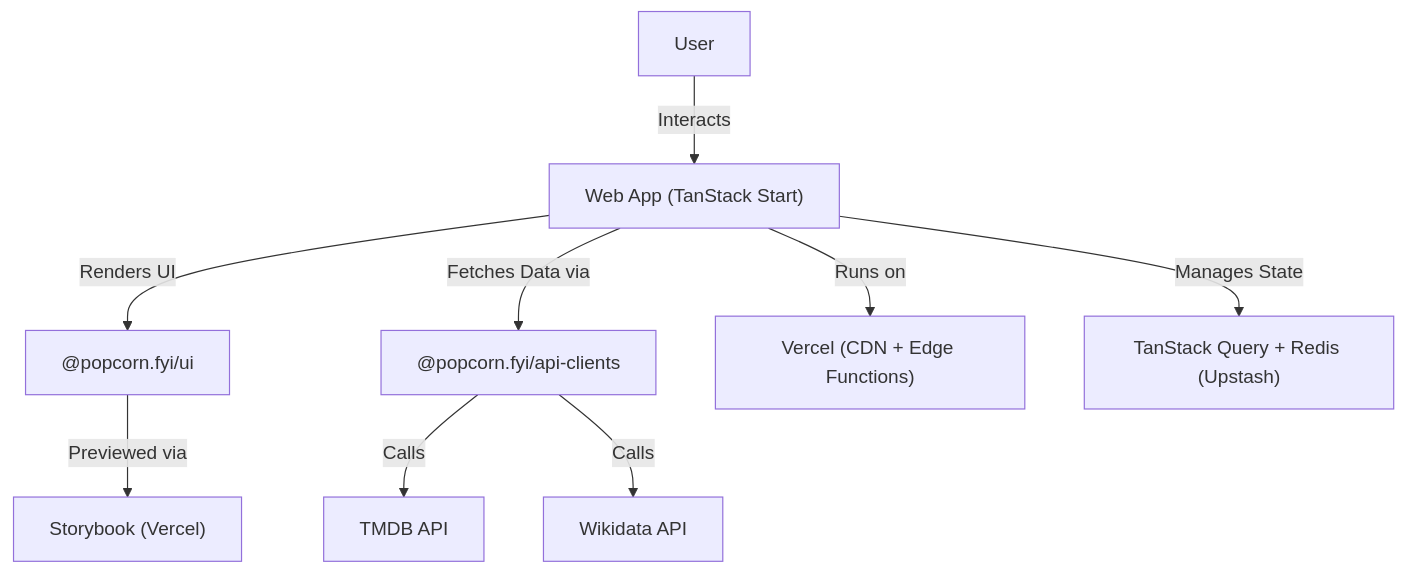
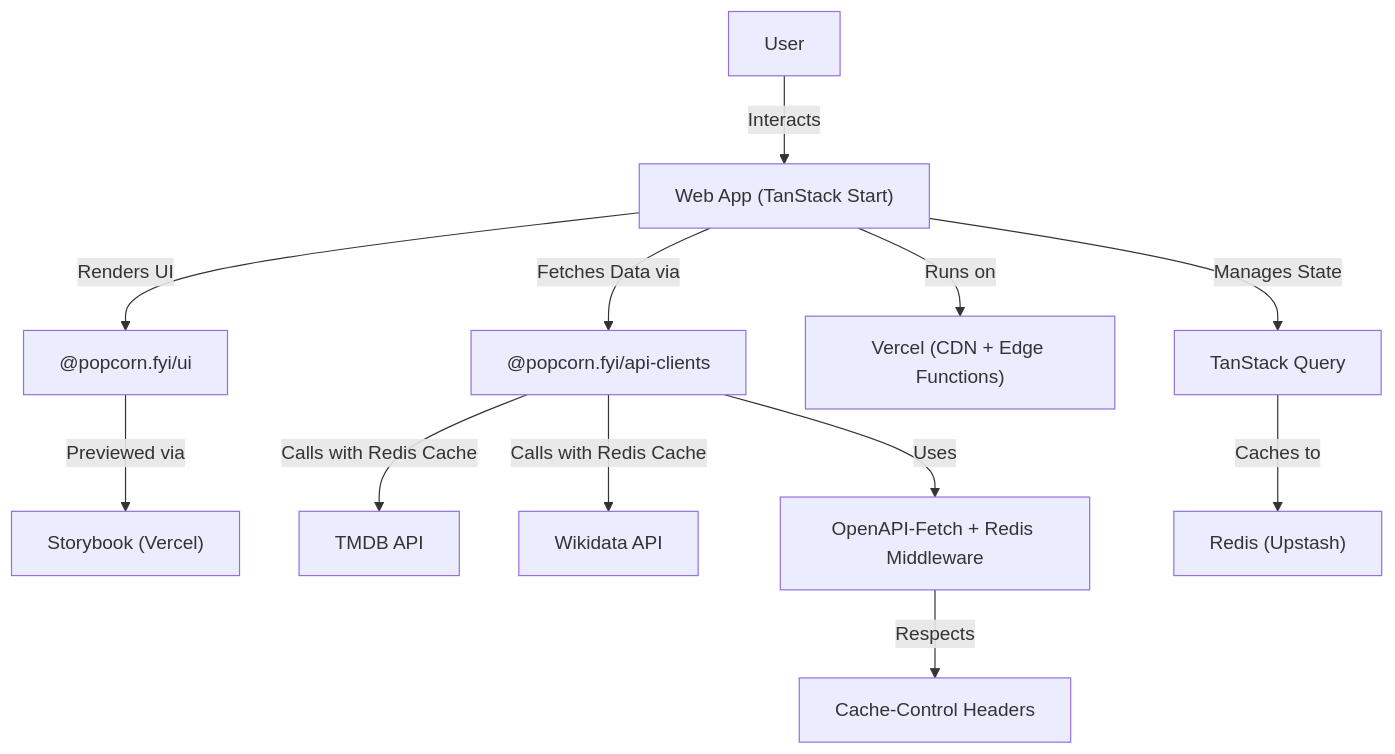
One commit to jimmy-guzman/popcorn.fyi changed the diagram in docs/architecture.md. Above: the diagram before and after it, drawn with Mermaid. The commit also changed other lines of this file and 6 other files, not shown here.

````diff
--- a/docs/architecture.md
+++ b/docs/architecture.md
@@ -3,12 +3,14 @@
 ```mermaid
 graph TD;
     A[User] -->|Interacts| B["Web App (TanStack Start)"]
     B -->|Renders UI| J["@popcorn.fyi/ui"]
     J -->|Previewed via| K["Storybook (Vercel)"]
     B -->|Fetches Data via| C["@popcorn.fyi/api-clients"]
-    C -->|Calls| D["TMDB API"]
-    C -->|Calls| E["Wikidata API"]
+    C -->|Calls with Redis Cache| D["TMDB API"]
+    C -->|Calls with Redis Cache| E["Wikidata API"]
+    C -->|Uses| F["OpenAPI-Fetch + Redis Middleware"]
     B -->|Runs on| H["Vercel (CDN + Edge Functions)"]
-    B -->|Manages State| I["TanStack Query + Redis (Upstash)"]
-
+    B -->|Manages State| I["TanStack Query"]
+    I -->|Caches to| L["Redis (Upstash)"]
+    F -->|Respects| M["Cache-Control Headers"]
 ```
````
